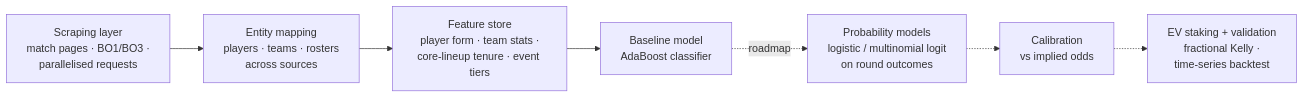
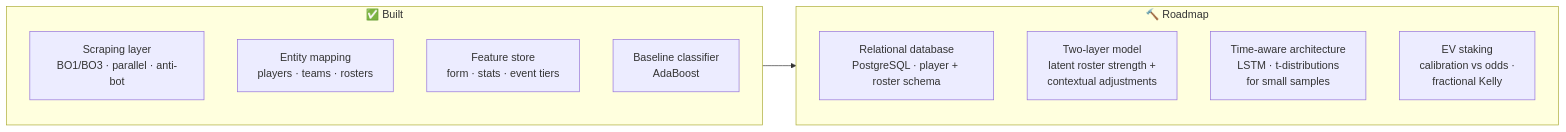
Before and after one commit to staykam/esports-alpha-research: the diagram in README.md, drawn with Mermaid. The commit also changed other lines of this file, not shown here.

First line of the commit message:
Revise README for CS2 Match Prediction project

````diff
--- a/README.md
+++ b/README.md
@@ -9,9 +11,18 @@
 ```mermaid
 flowchart LR
-    A[Scraping layer<br/>match pages · BO1/BO3 ·<br/>parallelised requests] --> B[Entity mapping<br/>players · teams · rosters<br/>across sources]
-    B --> C[Feature store<br/>player form · team stats ·<br/>core-lineup tenure · event tiers]
-    C --> D[Baseline model<br/>AdaBoost classifier]
-    D -.roadmap.-> E[Probability models<br/>logistic / multinomial logit<br/>on round outcomes]
-    E -.-> F[Calibration<br/>vs implied odds]
-    F -.-> G[EV staking + validation<br/>fractional Kelly ·<br/>time-series backtest]
+    subgraph BUILT["✅ Built"]
+      direction TB
+      A[Scraping layer<br/>BO1/BO3 · parallel · anti-bot]
+      B[Entity mapping<br/>players · teams · rosters]
+      C[Feature store<br/>form · stats · event tiers]
+      D[Baseline classifier<br/>AdaBoost]
+    end
+    subgraph ROADMAP["🔨 Roadmap"]
+      direction TB
+      E[Relational database<br/>PostgreSQL · player + roster schema]
+      F[Two-layer model<br/>latent roster strength +<br/>contextual adjustments]
+      G[Time-aware architecture<br/>LSTM · t-distributions<br/>for small samples]
+      H[EV staking<br/>calibration vs odds ·<br/>fractional Kelly]
+    end
+    BUILT --> ROADMAP
 ```
````
